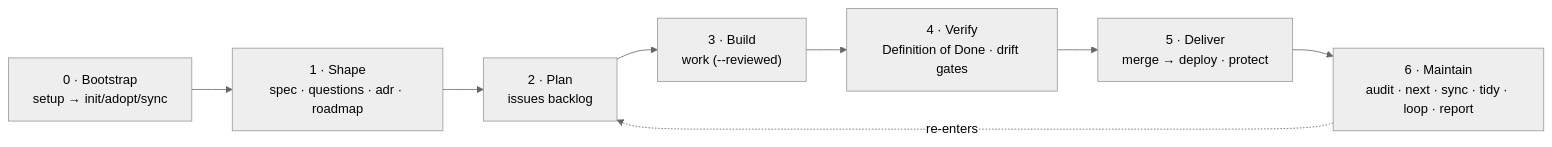
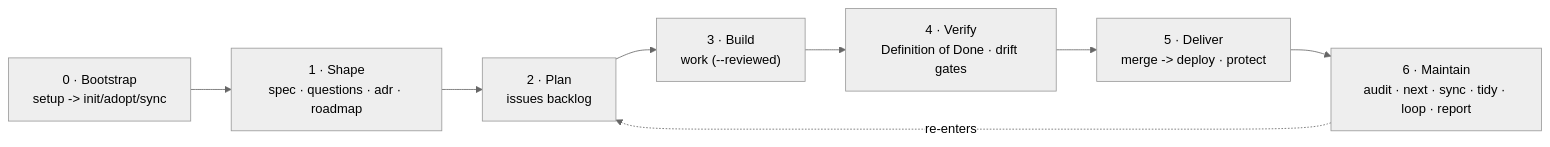
One commit to element22llc/e22-plugins changed the diagram in docs/concepts/sdlc.md. Above: the diagram before and after it, drawn with Mermaid (neutral theme). The commit also changed other lines of this file and 608 other files, not shown here.

````diff
--- a/docs/concepts/sdlc.md
+++ b/docs/concepts/sdlc.md
@@ -16,10 +16,10 @@
 ```mermaid
 flowchart LR
-    B["0 · Bootstrap<br/>setup → init/adopt/sync"] --> S["1 · Shape<br/>spec · questions · adr · roadmap"]
+    B["0 · Bootstrap<br/>setup -> init/adopt/sync"] --> S["1 · Shape<br/>spec · questions · adr · roadmap"]
     S --> P["2 · Plan<br/>issues backlog"]
     P --> W["3 · Build<br/>work (--reviewed)"]
     W --> V["4 · Verify<br/>Definition of Done · drift gates"]
-    V --> D["5 · Deliver<br/>merge → deploy · protect"]
+    V --> D["5 · Deliver<br/>merge -> deploy · protect"]
     D --> M["6 · Maintain<br/>audit · next · sync · tidy · loop · report"]
     M -.re-enters.-> P
 ```
````
